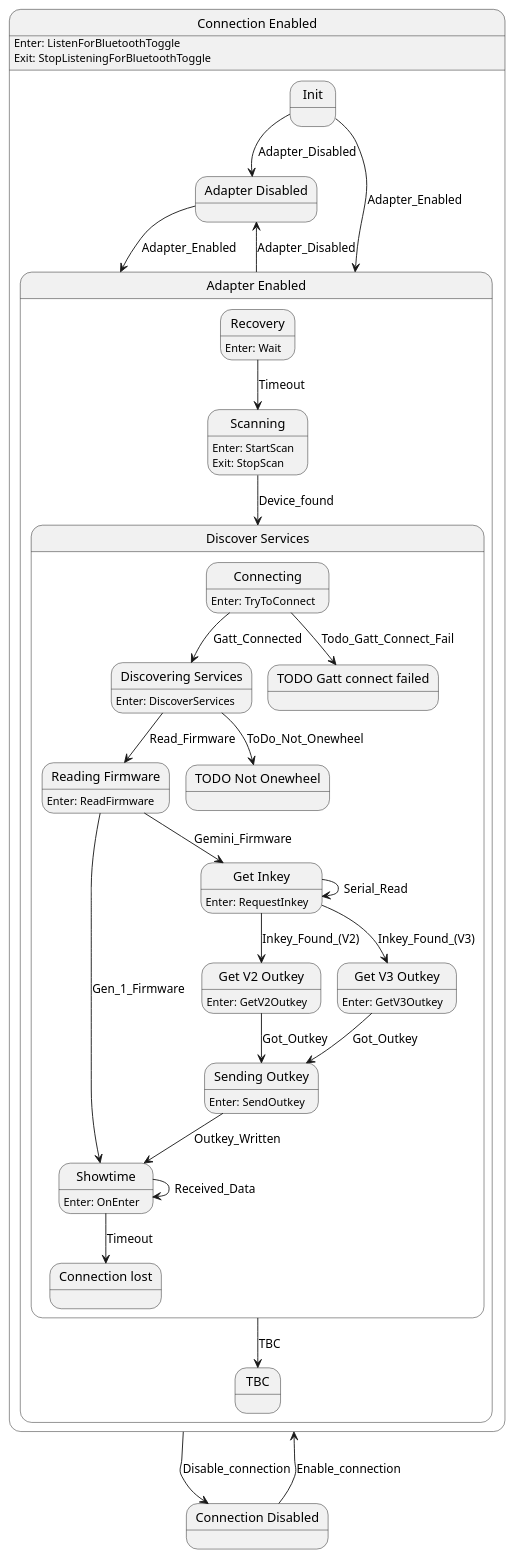
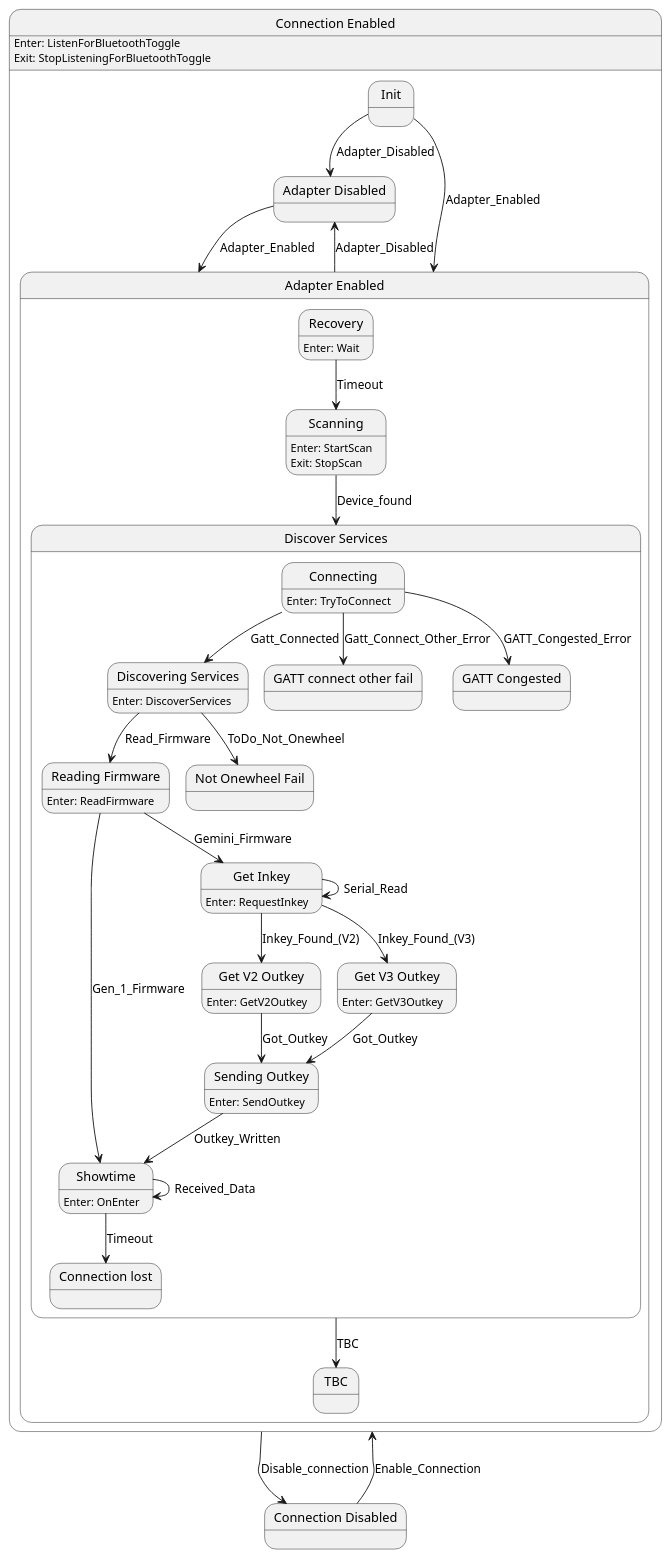
One commit to tekkies/android-ponewheel changed the diagram in doc/ponewheel-state.plantuml. Above: the diagram before and after it, drawn with PlantUML. The commit also changed 5 other files, not shown here.

```diff
--- a/doc/ponewheel-state.plantuml
+++ b/doc/ponewheel-state.plantuml
@@ -1,77 +1,80 @@
 @startuml
 state "Connection Enabled" as Connection_Enabled  {
     state "Adapter Disabled" as Adapter_Disabled  {
     }
     state "Adapter Enabled" as Adapter_Enabled  {
         state "Discover Services" as Discover_Services  {
             state "Discovering Services" as Discovering_Services  {
 Discovering_Services : Enter: DiscoverServices
             }
             state "Reading Firmware" as Reading_Firmware  {
 Reading_Firmware : Enter: ReadFirmware
             }
             state "Showtime" as Showtime  {
 Showtime : Enter: OnEnter
             }
             state "Get Inkey" as Get_Inkey  {
 Get_Inkey : Enter: RequestInkey
             }
             state "Get V2 Outkey" as Get_V2_Outkey  {
 Get_V2_Outkey : Enter: GetV2Outkey
             }
             state "Get V3 Outkey" as Get_V3_Outkey  {
 Get_V3_Outkey : Enter: GetV3Outkey
             }
             state "Sending Outkey" as Sending_Outkey  {
 Sending_Outkey : Enter: SendOutkey
             }
-            state "TODO Gatt connect failed" as TODO_Gatt_connect_failed  {
+            state "GATT connect other fail" as GATT_connect_other_fail  {
             }
-            state "TODO Not Onewheel" as TODO_Not_Onewheel  {
+            state "GATT Congested" as GATT_Congested  {
+            }
+            state "Not Onewheel Fail" as Not_Onewheel_Fail  {
             }
             state "Connection lost" as Connection_lost  {
             }
             state "Connecting" as Connecting  {
 Connecting : Enter: TryToConnect
             }
         }
         state "Recovery" as Recovery  {
 Recovery : Enter: Wait
         }
         state "TBC" as TBC  {
         }
         state "Scanning" as Scanning  {
 Scanning : Enter: StartScan\nExit: StopScan
         }
     }
     state "Init" as Init  {
     }
 Connection_Enabled : Enter: ListenForBluetoothToggle\nExit: StopListeningForBluetoothToggle
 }
 state "Connection Disabled" as Connection_Disabled  {
 }
 Adapter_Disabled --> Adapter_Enabled : Adapter_Enabled
-Discovering_Services --> TODO_Not_Onewheel : ToDo_Not_Onewheel
+Discovering_Services --> Not_Onewheel_Fail : ToDo_Not_Onewheel
 Discovering_Services --> Reading_Firmware : Read_Firmware
 Reading_Firmware --> Showtime : Gen_1_Firmware
 Reading_Firmware --> Get_Inkey : Gemini_Firmware
 Showtime --> Showtime : Received_Data
 Showtime --> Connection_lost : Timeout
 Get_Inkey --> Get_Inkey : Serial_Read
 Get_Inkey --> Get_V2_Outkey : Inkey_Found_(V2)
 Get_Inkey --> Get_V3_Outkey : Inkey_Found_(V3)
 Get_V2_Outkey --> Sending_Outkey : Got_Outkey
 Get_V3_Outkey --> Sending_Outkey : Got_Outkey
 Sending_Outkey --> Showtime : Outkey_Written
 Connecting --> Discovering_Services : Gatt_Connected
-Connecting --> TODO_Gatt_connect_failed : Todo_Gatt_Connect_Fail
+Connecting --> GATT_connect_other_fail : Gatt_Connect_Other_Error
+Connecting --> GATT_Congested : GATT_Congested_Error
 Discover_Services --> TBC : TBC
 Recovery --> Scanning : Timeout
 Scanning --> Discover_Services : Device_found
 Adapter_Enabled --> Adapter_Disabled : Adapter_Disabled
 Init --> Adapter_Enabled : Adapter_Enabled
 Init --> Adapter_Disabled : Adapter_Disabled
 Connection_Enabled --> Connection_Disabled : Disable_connection
-Connection_Disabled --> Connection_Enabled : Enable_connection
+Connection_Disabled --> Connection_Enabled : Enable_Connection
  
 @enduml
```
